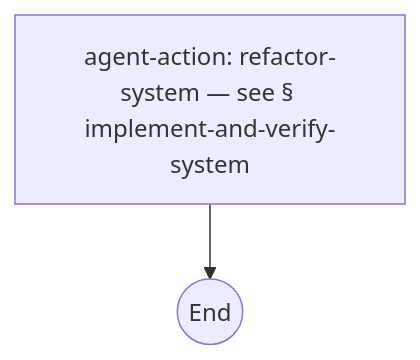
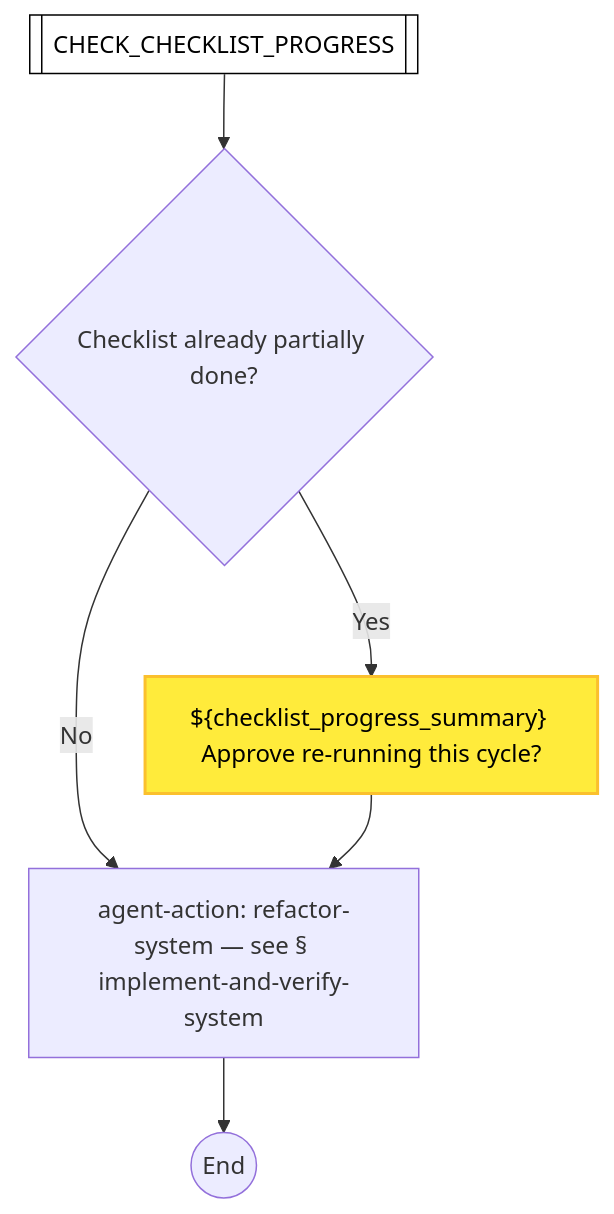
One commit to optivem/gh-optivem changed diagram 11 of 50 in docs/process-diagram.md. Above: the diagram before and after it, drawn with Mermaid. The commit also changed other lines of this file and 14 other files, not shown here.

First line of the commit message:
atdd/runtime: wire ticket-body parser to runtime + already-[x] approval gate

````diff
--- a/docs/process-diagram.md
+++ b/docs/process-diagram.md
@@ -207,7 +232,20 @@
 ```mermaid
 flowchart TD
+    CHECK_CHECKLIST_PROGRESS[[CHECK_CHECKLIST_PROGRESS]]
+    GATE_CHECKLIST_PARTIALLY_DONE{Checklist already partially done?}
     IMPLEMENT_AND_VERIFY_SYSTEM[agent-action: refactor-system — see § implement-and-verify-system]
     REFACTOR_SYSTEM_STRUCTURE_END((End))
+    STOP_CHECKLIST_PARTIALLY_DONE["${checklist_progress_summary} Approve re-running this cycle?"]
 
+    CHECK_CHECKLIST_PROGRESS --> GATE_CHECKLIST_PARTIALLY_DONE
+    GATE_CHECKLIST_PARTIALLY_DONE -- Yes --> STOP_CHECKLIST_PARTIALLY_DONE
+    GATE_CHECKLIST_PARTIALLY_DONE -- No --> IMPLEMENT_AND_VERIFY_SYSTEM
+    STOP_CHECKLIST_PARTIALLY_DONE --> IMPLEMENT_AND_VERIFY_SYSTEM
     IMPLEMENT_AND_VERIFY_SYSTEM --> REFACTOR_SYSTEM_STRUCTURE_END
+
+    classDef serviceNode fill:#ffffff,stroke:#000000,stroke-width:1px,color:#000000
+    class CHECK_CHECKLIST_PROGRESS serviceNode
+
+    classDef humanNode fill:#ffeb3b,stroke:#fbc02d,stroke-width:2px,color:#000000
+    class STOP_CHECKLIST_PARTIALLY_DONE humanNode
 ```
````
